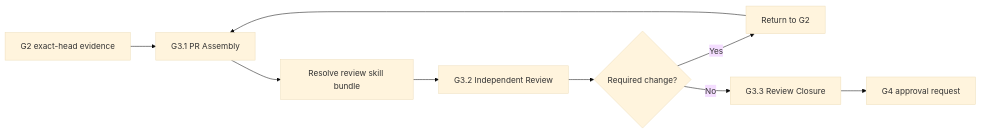
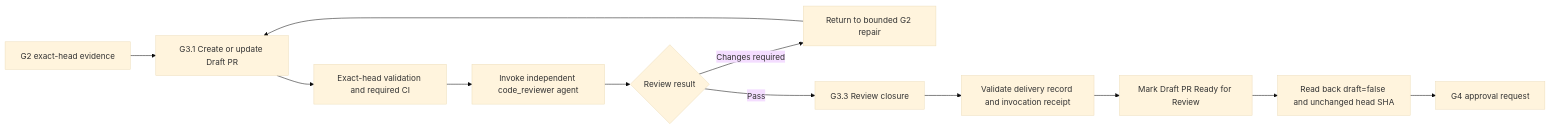
The diagram in skills/gwc-g3/SKILL.md (nhatnguyenquang1838-coder/gwc), drawn with Mermaid (base theme) before and after one commit. The commit also changed other lines of this file, not shown here.

Commit message:
hotfix(g3): require code reviewer agent before ready promotion

````diff
--- a/skills/gwc-g3/SKILL.md
+++ b/skills/gwc-g3/SKILL.md
@@ -26,11 +32,14 @@
 ```mermaid
 flowchart LR
-    A[G2 exact-head evidence] --> B[G3.1 PR Assembly]
-    B --> C[Resolve review skill bundle]
-    C --> D[G3.2 Independent Review]
-    D --> E{Required change?}
-    E -- Yes --> F[Return to G2]
+    A[G2 exact-head evidence] --> B[G3.1 Create or update Draft PR]
+    B --> C[Exact-head validation and required CI]
+    C --> D[Invoke independent code_reviewer agent]
+    D --> E{Review result}
+    E -- Changes required --> F[Return to bounded G2 repair]
     F --> B
-    E -- No --> G[G3.3 Review Closure]
-    G --> H[G4 approval request]
+    E -- Pass --> G[G3.3 Review closure]
+    G --> H[Validate delivery record and invocation receipt]
+    H --> I[Mark Draft PR Ready for Review]
+    I --> J[Read back draft=false and unchanged head SHA]
+    J --> K[G4 approval request]
 ```
````
